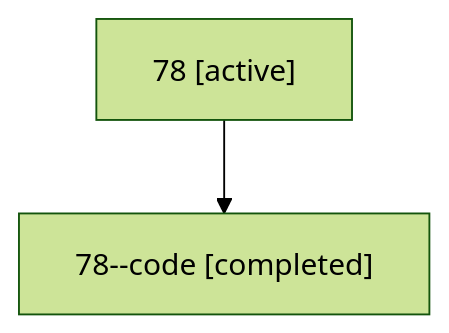
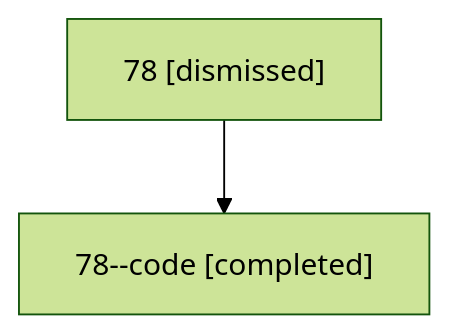
The diagram in sessions/bbugyi200.athena.78.md (sase-org/sase--agents), drawn with Mermaid (forest theme) before and after one commit. The commit also changed other lines of this file and 34 other files, not shown here.

````diff
--- a/sessions/bbugyi200.athena.78.md
+++ b/sessions/bbugyi200.athena.78.md
@@ -9,6 +9,6 @@
 ```mermaid
 flowchart TD
-  n0["78 [active]"]
+  n0["78 [dismissed]"]
   n1["78--code [completed]"]
   n0 --> n1
 ```
````
